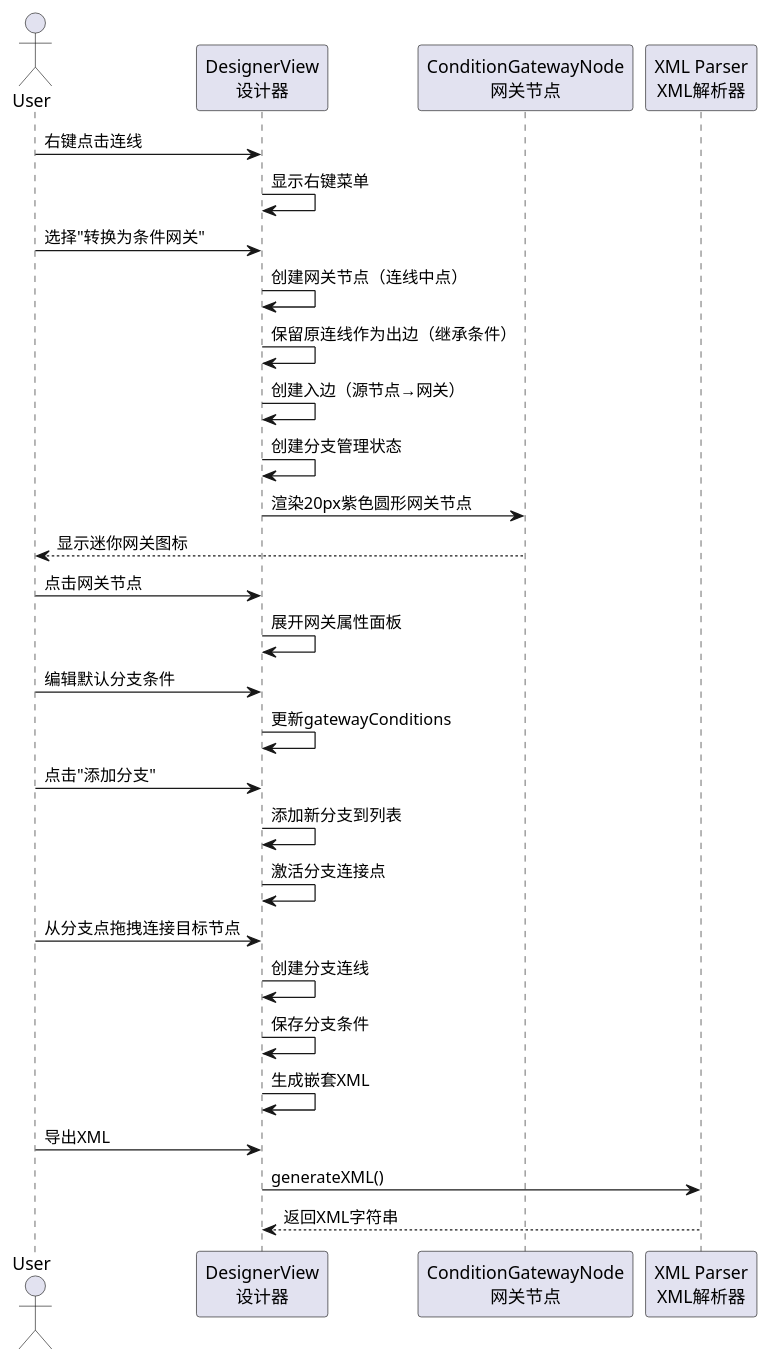
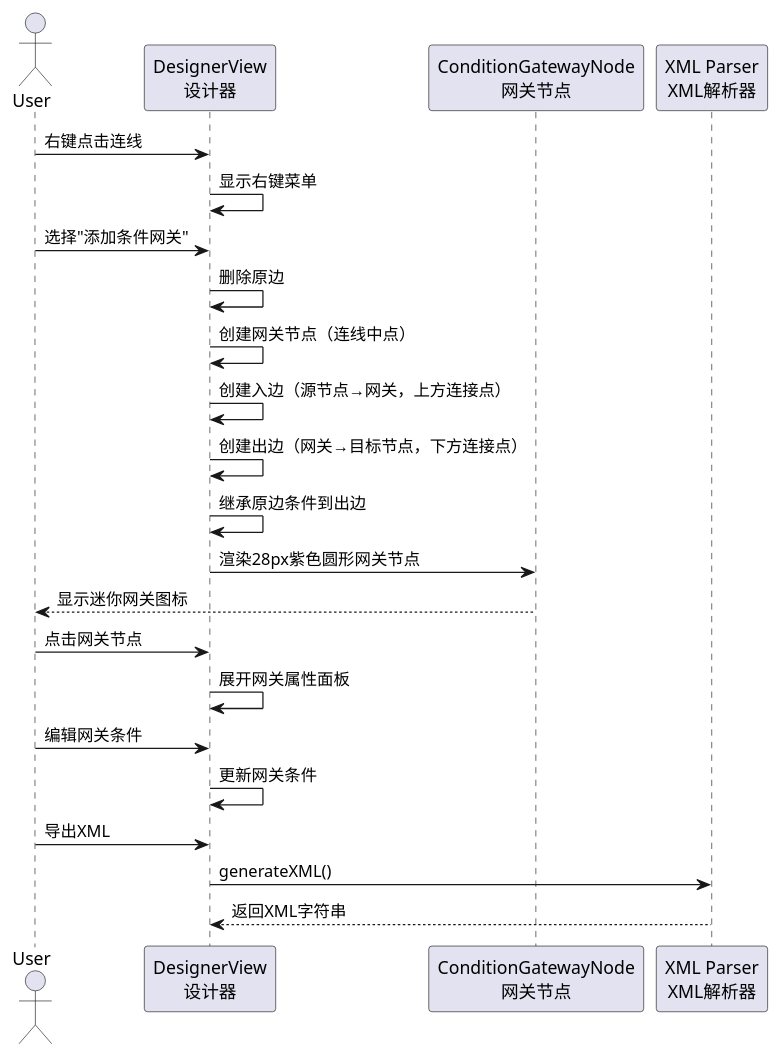
The eighth of 9 diagrams in README.md (Tencin1202/workflow-designer), drawn with PlantUML before and after one commit. The commit also changed other lines of this file and 2 other files, not shown here.

````diff
--- a/README.md
+++ b/README.md
@@ -785,39 +802,31 @@
 ```plantuml
 @startuml
 skinparam backgroundColor white
 
 actor User
 participant "DesignerView\n设计器" as DV
 participant "ConditionGatewayNode\n网关节点" as GN
 participant "XML Parser\nXML解析器" as XML
 
 User -> DV : 右键点击连线
 DV -> DV : 显示右键菜单
-User -> DV : 选择"转换为条件网关"
+User -> DV : 选择"添加条件网关"
+DV -> DV : 删除原边
 DV -> DV : 创建网关节点（连线中点）
-DV -> DV : 保留原连线作为出边（继承条件）
-DV -> DV : 创建入边（源节点→网关）
-DV -> DV : 创建分支管理状态
+DV -> DV : 创建入边（源节点→网关，上方连接点）
+DV -> DV : 创建出边（网关→目标节点，下方连接点）
+DV -> DV : 继承原边条件到出边
 
-DV -> GN : 渲染20px紫色圆形网关节点
+DV -> GN : 渲染28px紫色圆形网关节点
 GN --> User : 显示迷你网关图标
 
 User -> DV : 点击网关节点
 DV -> DV : 展开网关属性面板
-User -> DV : 编辑默认分支条件
-DV -> DV : 更新gatewayConditions
-
-User -> DV : 点击"添加分支"
-DV -> DV : 添加新分支到列表
-DV -> DV : 激活分支连接点
-
-User -> DV : 从分支点拖拽连接目标节点
-DV -> DV : 创建分支连线
-DV -> DV : 保存分支条件
-DV -> DV : 生成嵌套XML
+User -> DV : 编辑网关条件
+DV -> DV : 更新网关条件
 
 User -> DV : 导出XML
 DV -> XML : generateXML()
 XML --> DV : 返回XML字符串
 @enduml
 ```
````
